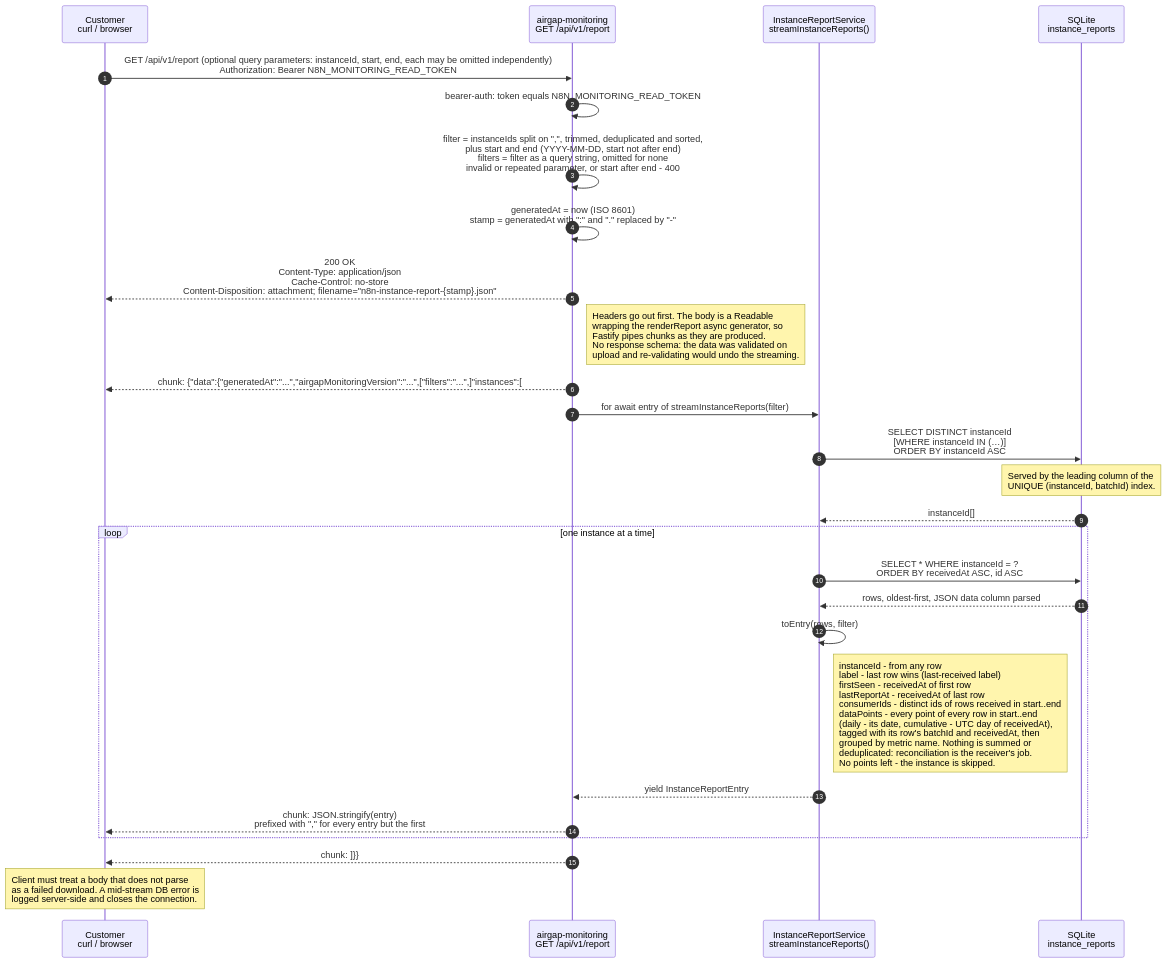
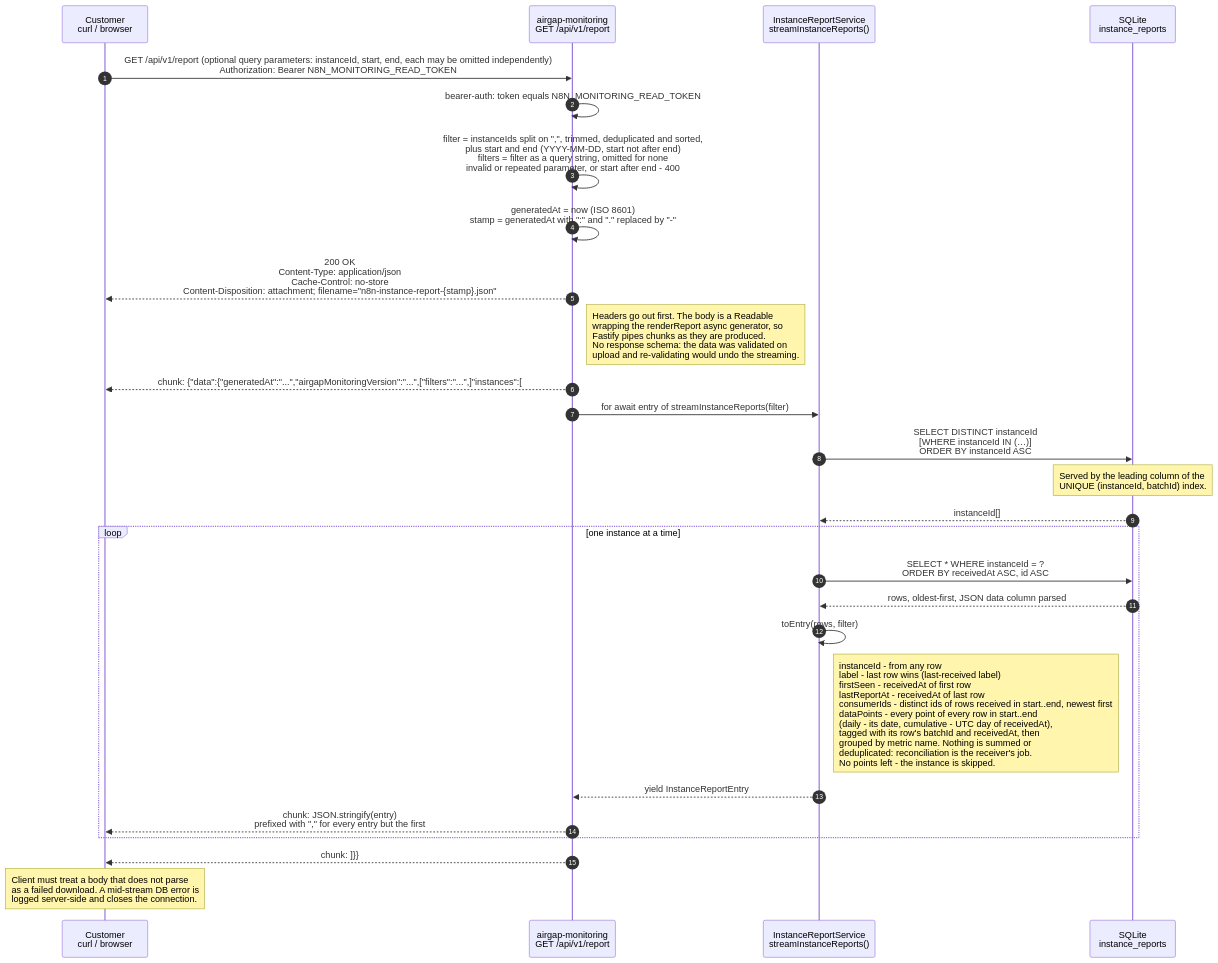
The second of 2 diagrams in docs/DIAGRAMS.md (n8n-io/n8n-airgap-monitoring), drawn with Mermaid before and after one commit. The commit also changed 6 other files, not shown here.

First line of the commit message:
fix(api): List consumerIds most recently received first

````diff
--- a/docs/DIAGRAMS.md
+++ b/docs/DIAGRAMS.md
@@ -107,40 +107,40 @@
 ```mermaid
 ---
 config:
   sequence:
     noteAlign: left
 ---
 sequenceDiagram
     autonumber
     participant C as Customer<br/>curl / browser
     participant API as airgap-monitoring<br/>GET /api/v1/report
     participant SVC as InstanceReportService<br/>streamInstanceReports()
     participant DB as SQLite<br/>instance_reports
 
     C->>API: GET /api/v1/report (optional query parameters: instanceId, start, end, each may be omitted independently)<br/>Authorization: Bearer N8N_MONITORING_READ_TOKEN
     API->>API: bearer-auth: token equals N8N_MONITORING_READ_TOKEN
     API->>API: filter = instanceIds split on ",", trimmed, deduplicated and sorted,<br/>plus start and end (YYYY-MM-DD, start not after end)<br/>filters = filter as a query string, omitted for none<br/>invalid or repeated parameter, or start after end - 400
     API->>API: generatedAt = now (ISO 8601)<br/>stamp = generatedAt with ":" and "." replaced by "-"
 
     API-->>C: 200 OK<br/>Content-Type: application/json<br/>Cache-Control: no-store<br/>Content-Disposition: attachment#59; filename="n8n-instance-report-{stamp}.json"
     Note right of API: Headers go out first. The body is a Readable<br/>wrapping the renderReport async generator, so<br/>Fastify pipes chunks as they are produced.<br/>No response schema: the data was validated on<br/>upload and re-validating would undo the streaming.
 
     API-->>C: chunk: {"data":{"generatedAt":"...","airgapMonitoringVersion":"...",["filters":"...",]"instances":[
 
     API->>SVC: for await entry of streamInstanceReports(filter)
     SVC->>DB: SELECT DISTINCT instanceId<br/>[WHERE instanceId IN (…)]<br/>ORDER BY instanceId ASC
     Note over DB: Served by the leading column of the<br/>UNIQUE (instanceId, batchId) index.
     DB-->>SVC: instanceId[]
 
     loop one instance at a time
         SVC->>DB: SELECT * WHERE instanceId = ?<br/>ORDER BY receivedAt ASC, id ASC
         DB-->>SVC: rows, oldest-first, JSON data column parsed
         SVC->>SVC: toEntry(rows, filter)
-        Note right of SVC: instanceId - from any row<br/>label - last row wins (last-received label)<br/>firstSeen - receivedAt of first row<br/>lastReportAt - receivedAt of last row<br/>consumerIds - distinct ids of rows received in start..end<br/>dataPoints - every point of every row in start..end<br/>(daily - its date, cumulative - UTC day of receivedAt),<br/>tagged with its row's batchId and receivedAt, then<br/>grouped by metric name. Nothing is summed or<br/>deduplicated: reconciliation is the receiver's job.<br/>No points left - the instance is skipped.
+        Note right of SVC: instanceId - from any row<br/>label - last row wins (last-received label)<br/>firstSeen - receivedAt of first row<br/>lastReportAt - receivedAt of last row<br/>consumerIds - distinct ids of rows received in start..end, newest first<br/>dataPoints - every point of every row in start..end<br/>(daily - its date, cumulative - UTC day of receivedAt),<br/>tagged with its row's batchId and receivedAt, then<br/>grouped by metric name. Nothing is summed or<br/>deduplicated: reconciliation is the receiver's job.<br/>No points left - the instance is skipped.
         SVC-->>API: yield InstanceReportEntry
         API-->>C: chunk: JSON.stringify(entry)<br/>prefixed with "," for every entry but the first
     end
 
     API-->>C: chunk: ]}}
     Note over C: Client must treat a body that does not parse<br/>as a failed download. A mid-stream DB error is<br/>logged server-side and closes the connection.
 ```
````
